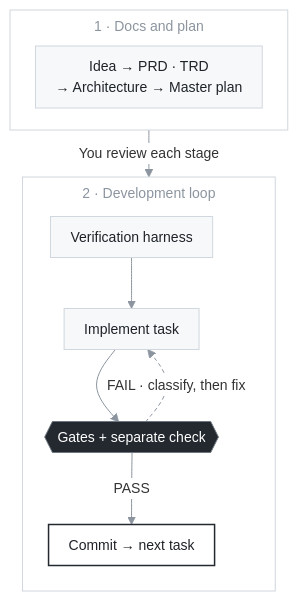
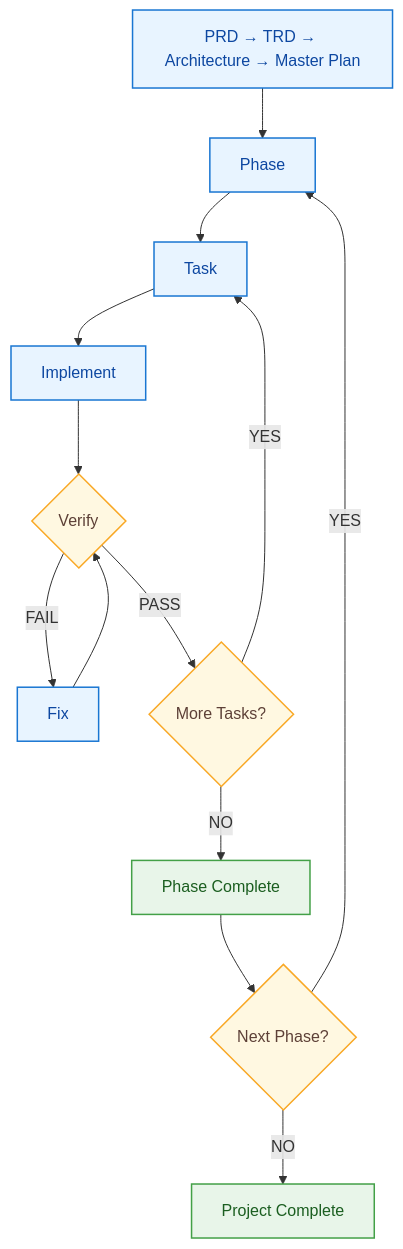
The diagram in README.md (GangJaeYu/harness_loop_full_korean), drawn with Mermaid before and after one commit.

````diff
--- a/README.md
+++ b/README.md
@@ -20,23 +20,30 @@
 ```mermaid
-%%{init: {'theme': 'base', 'themeVariables': {'fontSize': '14px', 'lineColor': '#8c959f', 'edgeLabelBackground': '#ffffff'}, 'flowchart': {'curve': 'basis', 'nodeSpacing': 24, 'rankSpacing': 26, 'padding': 10, 'subGraphTitleMargin': {'top': 6, 'bottom': 8}}}}%%
-flowchart TB
-    subgraph S1["1 · Docs and plan"]
-        A["Idea → PRD · TRD<br>→ Architecture → Master plan"]
-    end
-    subgraph S2["2 · Development loop"]
-        direction TB
-        E["Verification harness"] --> G["Implement task"] --> V{{"Gates + separate check"}}
-        V -- "FAIL · classify, then fix" --> G
-        V -- "PASS" --> H["Commit → next task"]
-    end
-    S1 -- "You review each stage" --> S2
-    classDef node fill:#f6f8fa,stroke:#d0d7de,color:#1f2328,stroke-width:1px
-    classDef key fill:#24292f,stroke:#6e7781,color:#ffffff,stroke-width:1px
-    classDef out fill:#ffffff,stroke:#24292f,color:#1f2328,stroke-width:1.5px
-    class A,E,G node
-    class V key
-    class H out
-    style S1 fill:transparent,stroke:#d0d7de,color:#8c959f
-    style S2 fill:transparent,stroke:#d0d7de,color:#8c959f
-    linkStyle 2 stroke-dasharray:4 3
+flowchart TD
+    A["PRD → TRD → Architecture → Master Plan"]
+    
+    A --> B["Phase"]
+    B --> C["Task"]
+    C --> D["Implement"]
+    D --> E{"Verify"}
+
+    E -->|FAIL| F["Fix"]
+    F --> E
+
+    E -->|PASS| G{"More Tasks?"}
+
+    G -->|YES| C
+    G -->|NO| H["Phase Complete"]
+
+    H --> I{"Next Phase?"}
+
+    I -->|YES| B
+    I -->|NO| J["Project Complete"]
+
+    classDef process fill:#e8f4ff,stroke:#1976d2,stroke-width:1.5px,color:#0d47a1;
+    classDef decision fill:#fff8e1,stroke:#f9a825,stroke-width:1.5px,color:#5d4037;
+    classDef complete fill:#e8f5e9,stroke:#43a047,stroke-width:1.5px,color:#1b5e20;
+
+    class A,B,C,D,F process;
+    class E,G,I decision;
+    class H,J complete;
 ```
````
